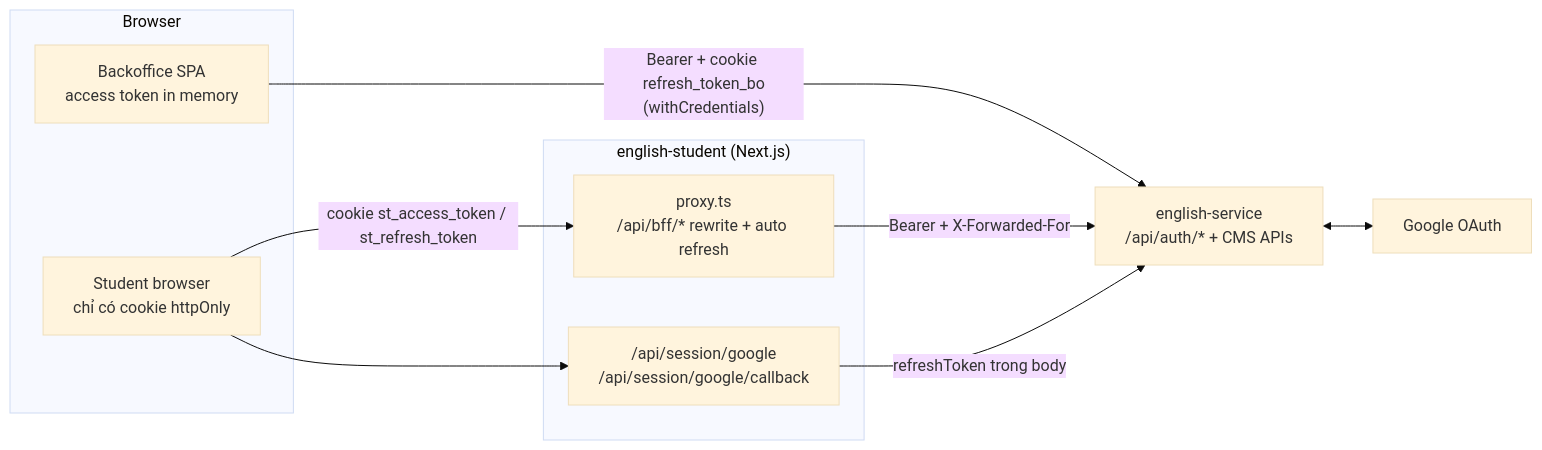
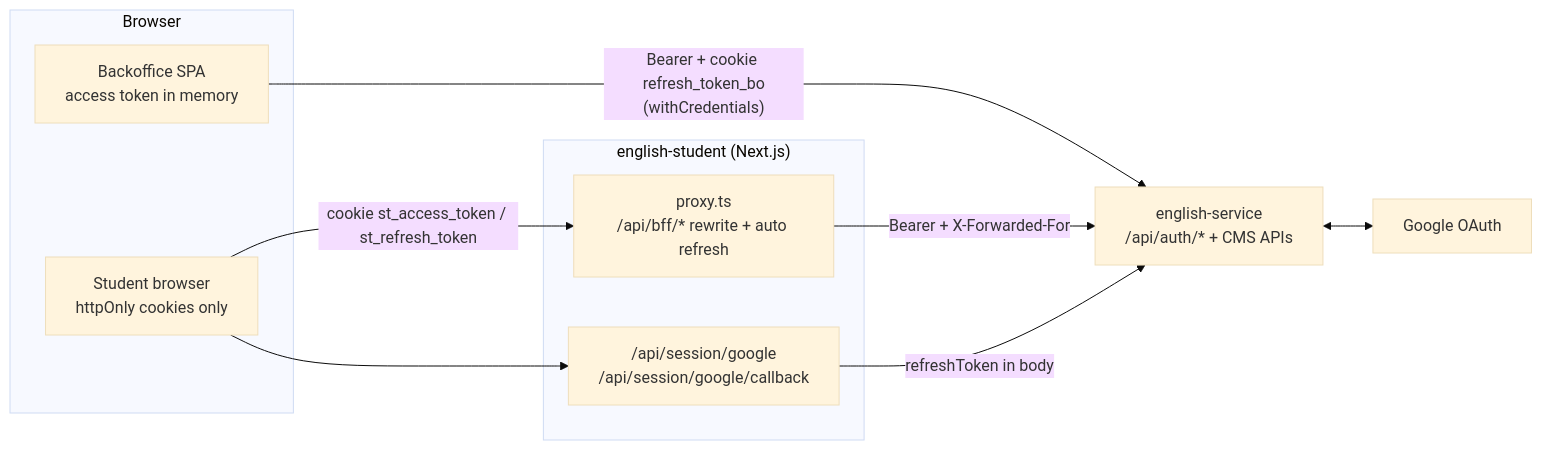
The first of 8 diagrams in docs/auth-flow.md (TriThuc2321/english-service), drawn with Mermaid (base theme) before and after one commit. The commit also changed other lines of this file and 6 other files, not shown here.

````diff
--- a/docs/auth-flow.md
+++ b/docs/auth-flow.md
@@ -15,22 +15,22 @@
 ```mermaid
 flowchart LR
   subgraph Browser
     BO["Backoffice SPA<br/>access token in memory"]
-    STB["Student browser<br/>chỉ có cookie httpOnly"]
+    STB["Student browser<br/>httpOnly cookies only"]
   end
 
   subgraph StudentServer["english-student (Next.js)"]
     PROXY["proxy.ts<br/>/api/bff/* rewrite + auto refresh"]
     SESS["/api/session/google<br/>/api/session/google/callback"]
   end
 
   BE["english-service<br/>/api/auth/*  +  CMS APIs"]
   G["Google OAuth"]
 
   BO -- "Bearer + cookie refresh_token_bo<br/>(withCredentials)" --> BE
   STB -- "cookie st_access_token / st_refresh_token" --> PROXY
   STB --> SESS
   PROXY -- "Bearer + X-Forwarded-For" --> BE
-  SESS -- "refreshToken trong body" --> BE
+  SESS -- "refreshToken in body" --> BE
   BE <--> G
 ```
````
